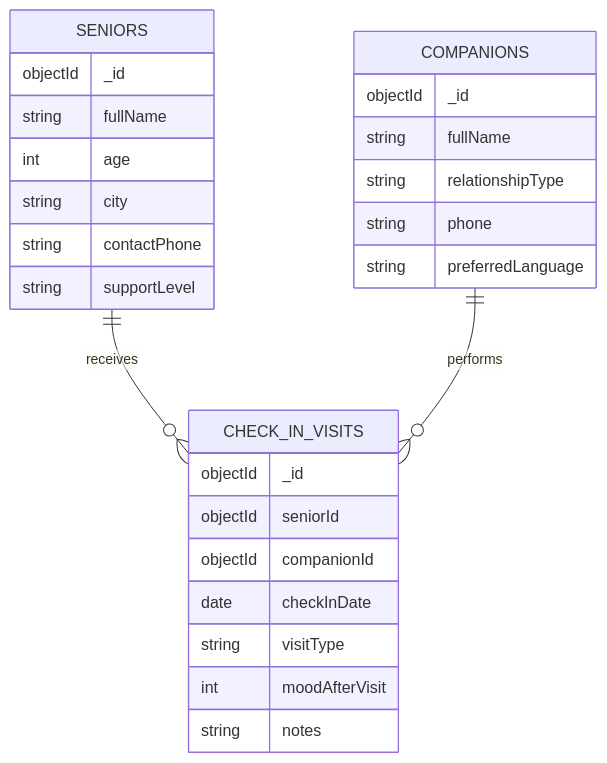
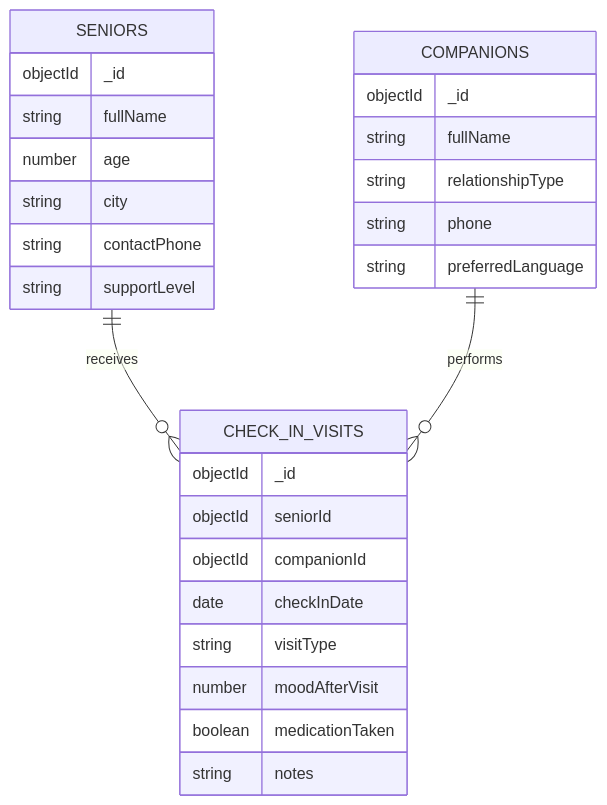
Before and after one commit to AMIN-MUNLA/AMIN-MUNLA: the diagram in docs/erd.md, drawn with Mermaid. The commit also changed other lines of this file and 6 other files, not shown here.

````diff
--- a/docs/erd.md
+++ b/docs/erd.md
@@ -3,29 +3,33 @@
 ```mermaid
 erDiagram
     SENIORS ||--o{ CHECK_IN_VISITS : receives
     COMPANIONS ||--o{ CHECK_IN_VISITS : performs
+
     SENIORS {
       objectId _id
       string fullName
-      int age
+      number age
       string city
       string contactPhone
       string supportLevel
     }
+
     COMPANIONS {
       objectId _id
       string fullName
       string relationshipType
       string phone
       string preferredLanguage
     }
+
     CHECK_IN_VISITS {
       objectId _id
       objectId seniorId
       objectId companionId
       date checkInDate
       string visitType
-      int moodAfterVisit
+      number moodAfterVisit
+      boolean medicationTaken
       string notes
     }
 ```
````
